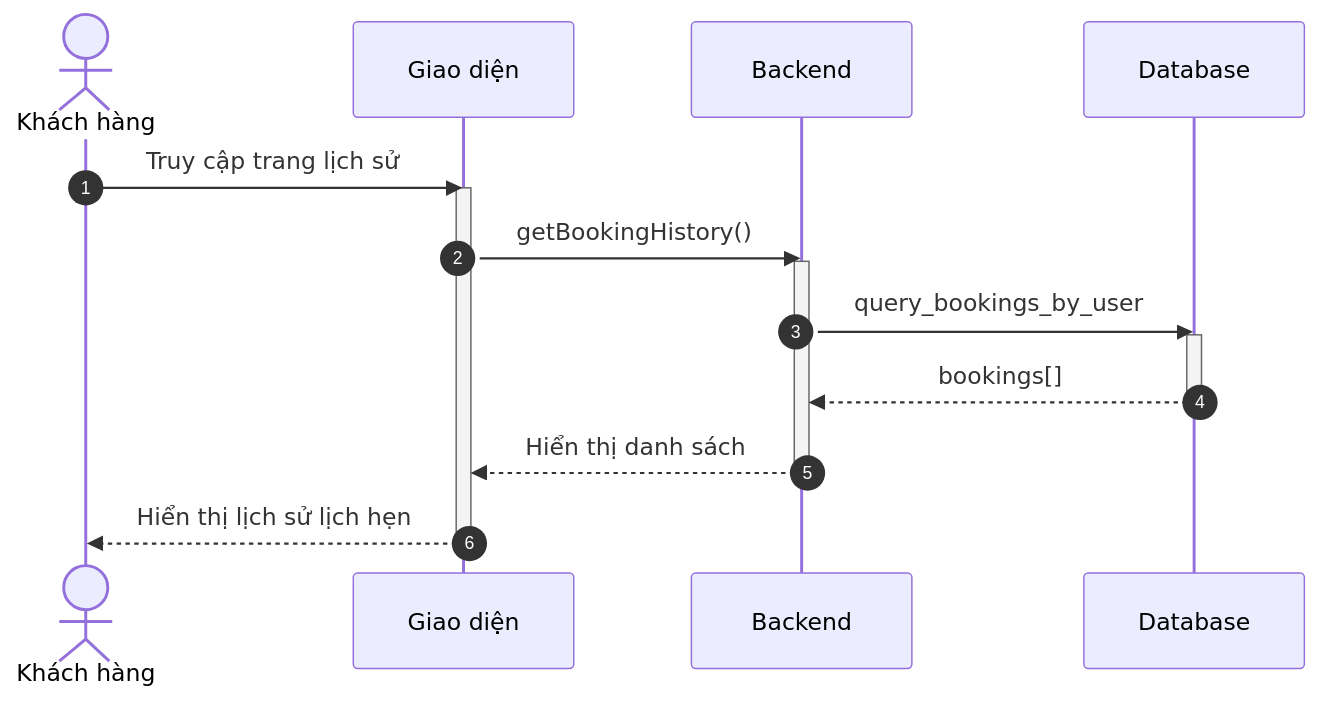
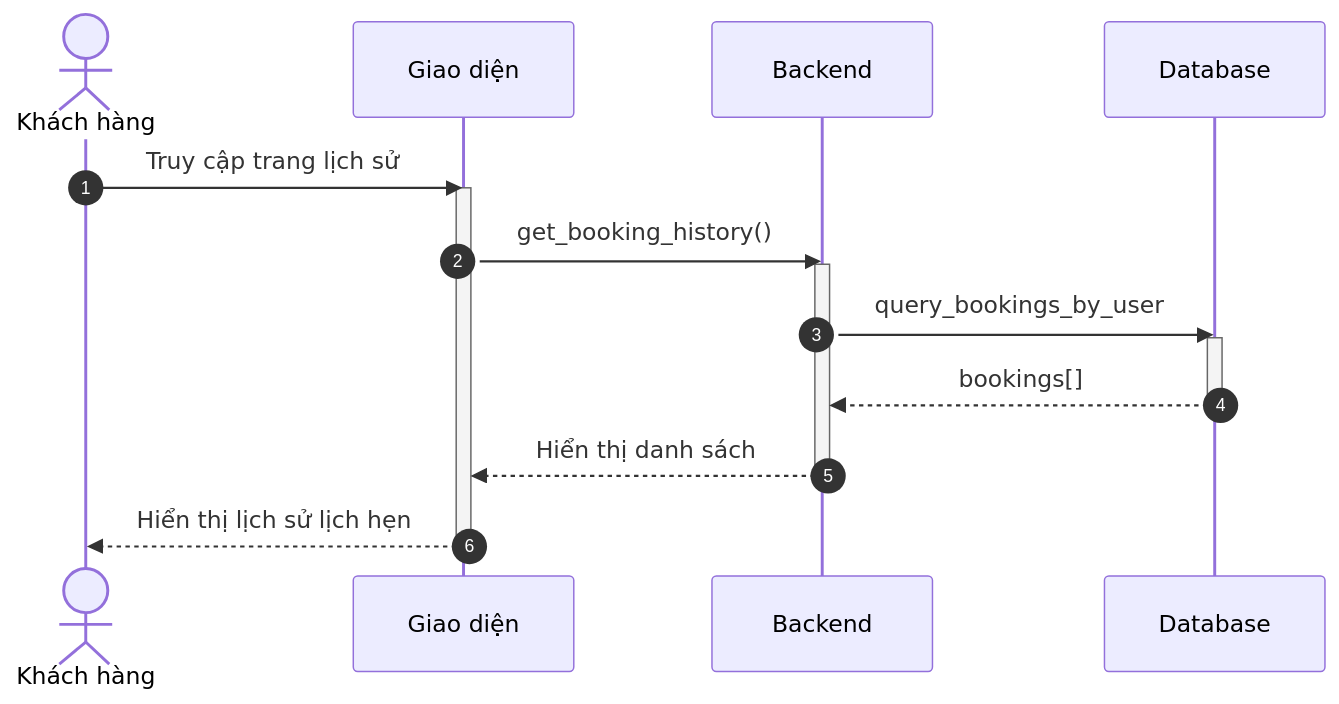
The seventh of 10 diagrams in docs/design/sequences/customer_flows.md (ngoctinn/Synapse), drawn with Mermaid before and after one commit. The commit also changed other lines of this file and 4 other files, not shown here.

Commit message:
docs: Add activity and sequence diagrams for authentication, customer, receptionist, and technician flows.

````diff
--- a/docs/design/sequences/customer_flows.md
+++ b/docs/design/sequences/customer_flows.md
@@ -224,24 +224,24 @@
 ```mermaid
 sequenceDiagram
     autonumber
     actor KH as Khách hàng
     participant UI as Giao diện
     participant BE as Backend
     participant DB as Database
 
     KH->>UI: Truy cập trang lịch sử
     activate UI
-    UI->>BE: getBookingHistory()
+    UI->>BE: get_booking_history()
     activate BE
 
     BE->>DB: query_bookings_by_user
     activate DB
     DB-->>BE: bookings[]
     deactivate DB
 
     BE-->>UI: Hiển thị danh sách
     deactivate BE
 
     UI-->>KH: Hiển thị lịch sử lịch hẹn
     deactivate UI
 ```
````
